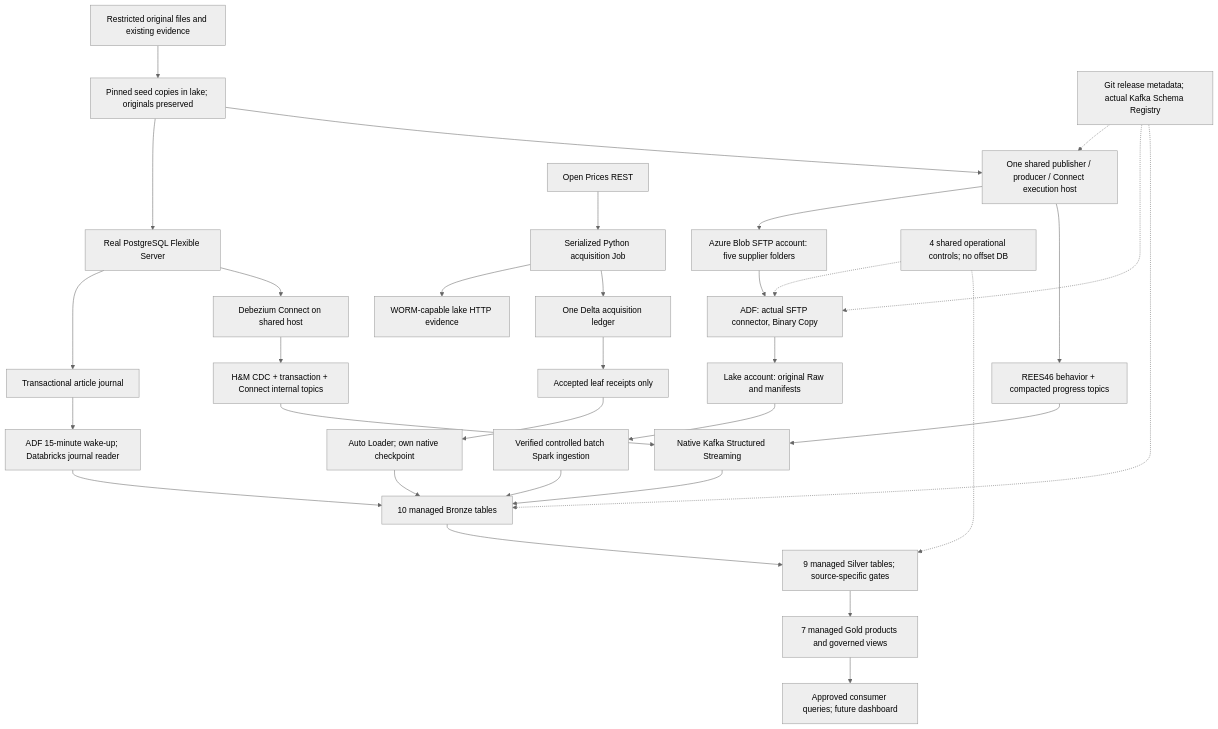
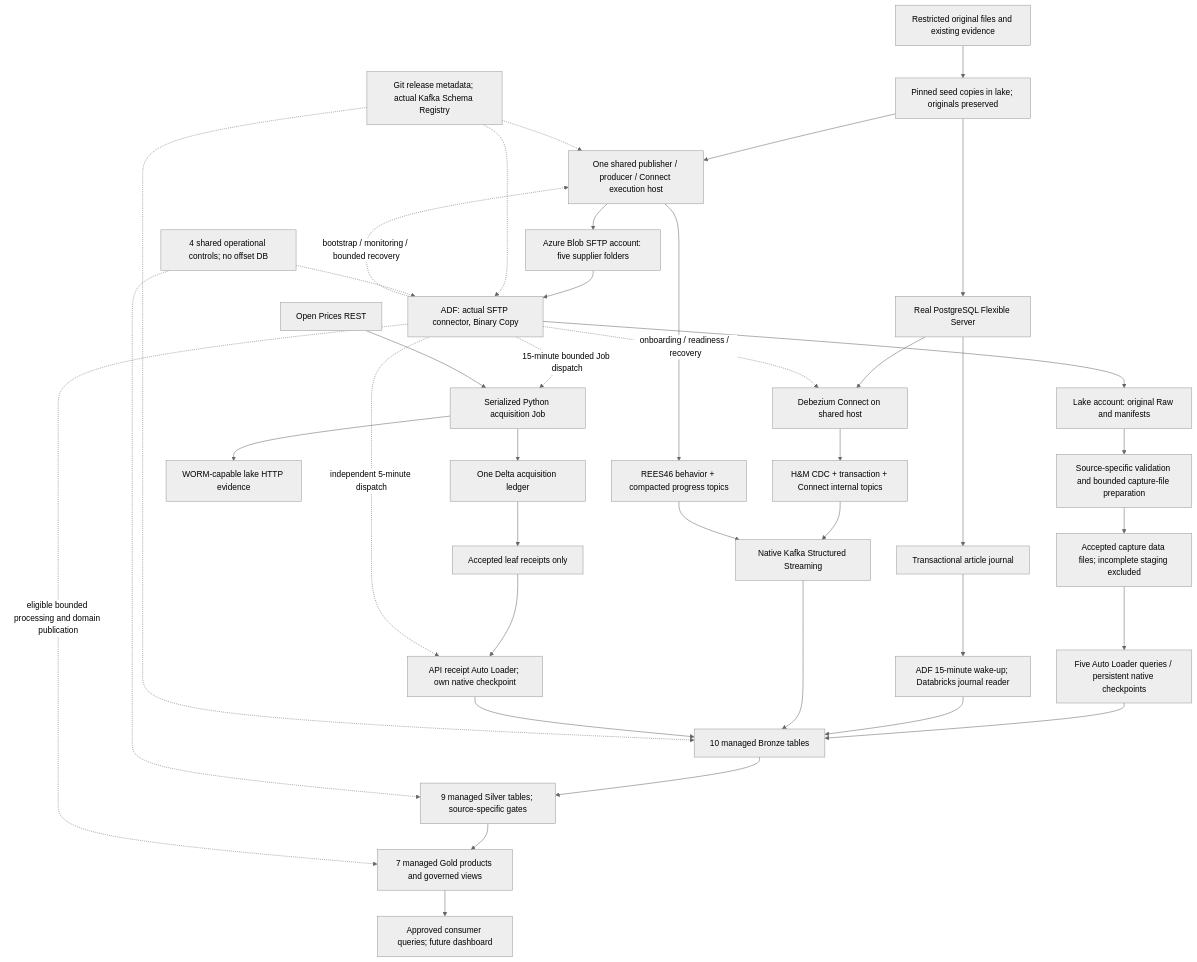
The diagram in architecture.md (harshitarav/azure-databricks-project), drawn with Mermaid (neutral theme) before and after one commit. The commit also changed other lines of this file, not shown here.

Commit message:
docs: correct A4 ingestion and ADF orchestration

````diff
--- a/architecture.md
+++ b/architecture.md
@@ -217,34 +250,41 @@
 ```mermaid
 flowchart TB
   Local["Restricted original files and existing evidence"] --> Seeds["Pinned seed copies in lake; originals preserved"]
   Seeds --> PG["Real PostgreSQL Flexible Server"]
   Seeds --> Host["One shared publisher / producer / Connect execution host"]
   PG --> Journal["Transactional article journal"]
   PG --> Connect["Debezium Connect on shared host"]
   Host --> Supplier["Azure Blob SFTP account: five supplier folders"]
   Supplier --> ADF["ADF: actual SFTP connector, Binary Copy"]
   ADF --> Raw["Lake account: original Raw and manifests"]
-  Raw --> Batch["Verified controlled batch Spark ingestion"]
+  Raw --> Prepare["Source-specific validation and bounded capture-file preparation"]
+  Prepare --> AcceptedSFTP["Accepted capture data files; incomplete staging excluded"]
+  AcceptedSFTP --> SFTPAL["Five Auto Loader queries / persistent native checkpoints"]
   Journal --> Articles["ADF 15-minute wake-up; Databricks journal reader"]
   Connect --> HMTopics["H&M CDC + transaction + Connect internal topics"]
   Host --> REESTopics["REES46 behavior + compacted progress topics"]
   HMTopics --> Native["Native Kafka Structured Streaming"]
   REESTopics --> Native
-  REST["Open Prices REST"] --> Python["Serialized Python acquisition Job"]
+  ADF -.->|15-minute bounded Job dispatch| Python["Serialized Python acquisition Job"]
+  REST["Open Prices REST"] --> Python
   Python --> Evidence["WORM-capable lake HTTP evidence"]
   Python --> Ledger["One Delta acquisition ledger"]
   Ledger --> Receipts["Accepted leaf receipts only"]
-  Receipts --> AL["Auto Loader; own native checkpoint"]
-  Batch --> Bronze["10 managed Bronze tables"]
+  Receipts --> AL["API receipt Auto Loader; own native checkpoint"]
+  ADF -.->|independent 5-minute dispatch| AL
+  SFTPAL --> Bronze["10 managed Bronze tables"]
   Articles --> Bronze
   Native --> Bronze
   AL --> Bronze
   Bronze --> Silver["9 managed Silver tables; source-specific gates"]
   Silver --> Gold["7 managed Gold products and governed views"]
   Gold --> Consumers["Approved consumer queries; future dashboard"]
   Registry["Git release metadata; actual Kafka Schema Registry"] -.-> Host
   Registry -.-> ADF
   Registry -.-> Bronze
+  ADF -.->|onboarding / readiness / recovery| Connect
+  ADF -.->|bootstrap / monitoring / bounded recovery| Host
+  ADF -.->|eligible bounded processing and domain publication| Gold
   Control["4 shared operational controls; no offset DB"] -.-> ADF
   Control -.-> Silver
 ```
````
